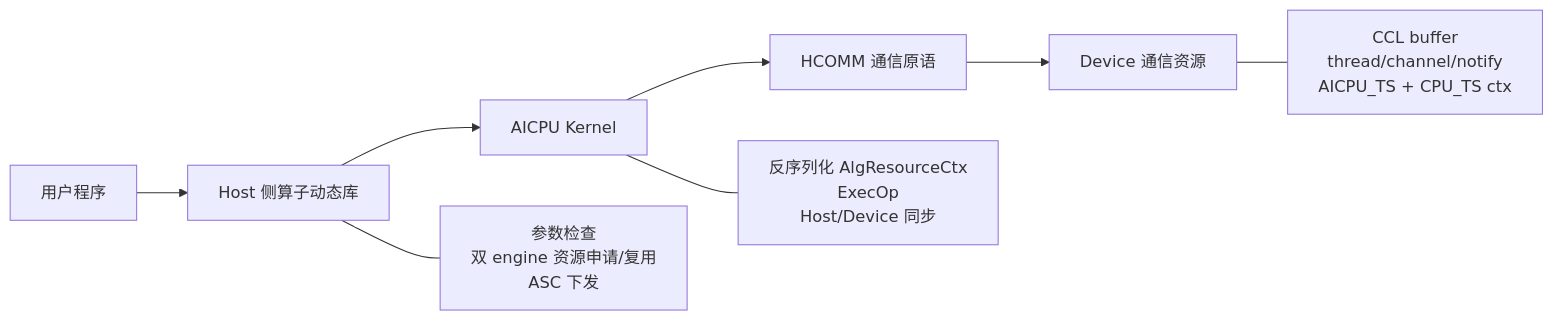
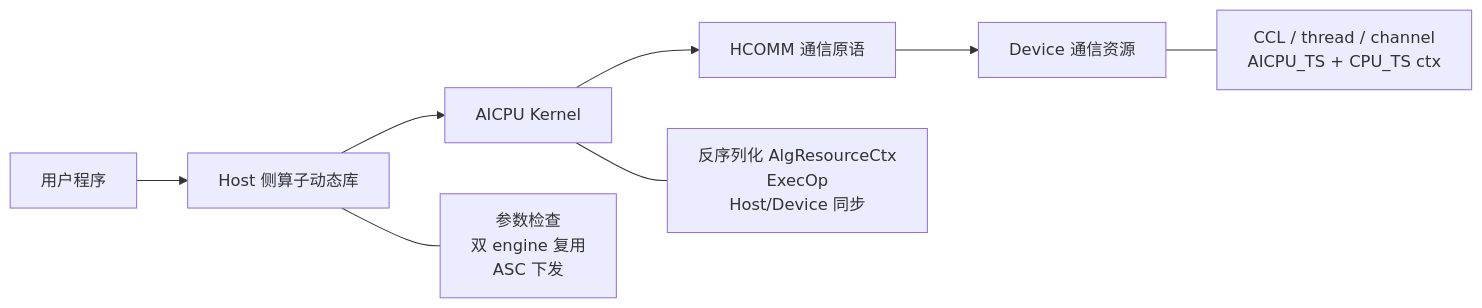
Before and after one commit to qingshangyan12/my_code: the first of 4 diagrams in docs/aicpu_custom_communication_op_design.md, drawn with Mermaid. The commit also changed other lines of this file, not shown here.

First line of the commit message:
Consolidate AICPU design doc into 10 chapters

````diff
--- a/docs/aicpu_custom_communication_op_design.md
+++ b/docs/aicpu_custom_communication_op_design.md
@@ -84,11 +61,11 @@
 ```mermaid
 flowchart LR
     U[用户程序] --> H[Host 侧算子动态库]
     H --> A[AICPU Kernel]
     A --> C[HCOMM 通信原语]
     C --> D[Device 通信资源]
 
-    H --- H1[参数检查\n双 engine 资源申请/复用\nASC 下发]
+    H --- H1[参数检查\n双 engine 复用\nASC 下发]
     A --- A1[反序列化 AlgResourceCtx\nExecOp\nHost/Device 同步]
-    D --- D1[CCL buffer\nthread/channel/notify\nAICPU_TS + CPU_TS ctx]
+    D --- D1[CCL / thread / channel\nAICPU_TS + CPU_TS ctx]
 ```
````
